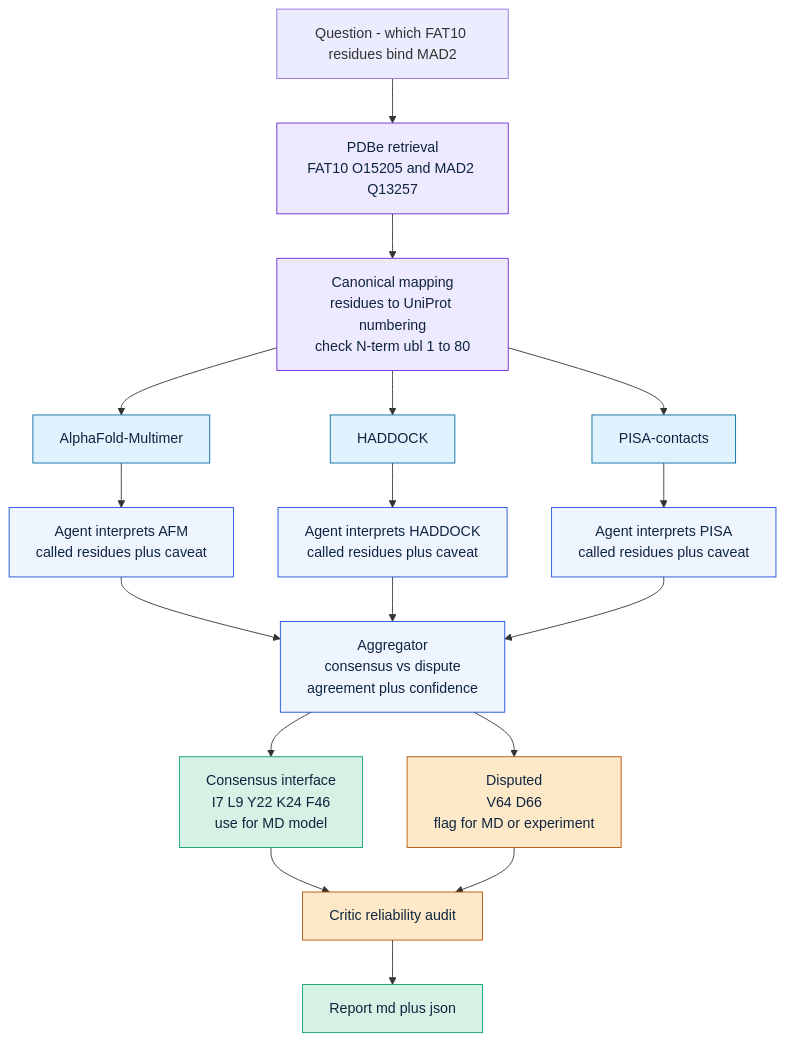
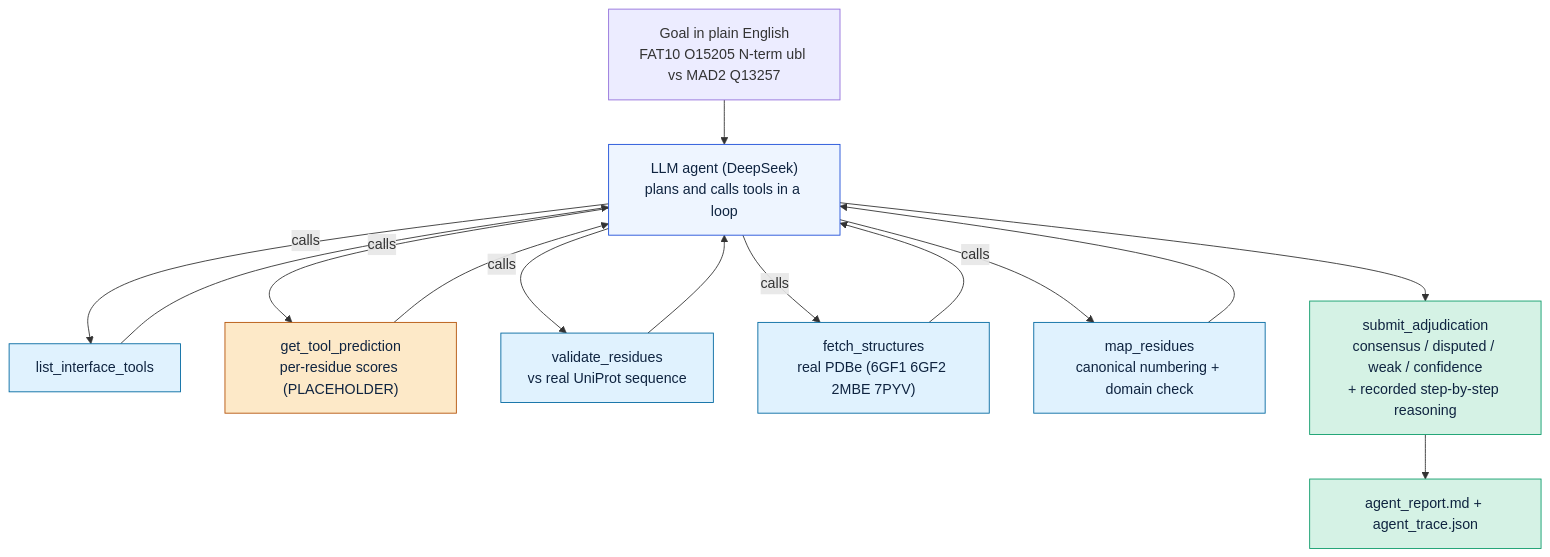
Before and after one commit to TLDDODO/sv-agent-poc: the first of 2 diagrams in FLOW.md, drawn with Mermaid. The commit also changed other lines of this file and 1 other file, not shown here.

Commit message:
Update README + FLOW to current agentic architecture, with honest real/placeholder boundary
README rewritten: agent that adjudicates interface tools (not the old EGGFR PoC
framing), with a real-vs-placeholder status table making clear the only fake
piece is the per-residue tool scores. FLOW now shows the genuine agent loop and
the weak-vs-strong audit, and flags tool scores as placeholder.

````diff
--- a/FLOW.md
+++ b/FLOW.md
@@ -7,37 +15,29 @@
 ```mermaid
 flowchart TD
-    Q["Question - which FAT10 residues bind MAD2"]
+    G["Goal in plain English<br/>FAT10 O15205 N-term ubl vs MAD2 Q13257"]
+    G --> AG["LLM agent (DeepSeek)<br/>plans and calls tools in a loop"]
 
-    Q --> PDBE["PDBe retrieval<br/>FAT10 O15205 and MAD2 Q13257"]
-    PDBE --> MAP["Canonical mapping<br/>residues to UniProt numbering<br/>check N-term ubl 1 to 80"]
+    AG -->|calls| T1["list_interface_tools"]
+    AG -->|calls| T2["get_tool_prediction<br/>per-residue scores (PLACEHOLDER)"]
+    AG -->|calls| T3["validate_residues<br/>vs real UniProt sequence"]
+    AG -->|calls| T4["fetch_structures<br/>real PDBe (6GF1 6GF2 2MBE 7PYV)"]
+    AG -->|calls| T5["map_residues<br/>canonical numbering + domain check"]
 
-    MAP --> T1["AlphaFold-Multimer"]
-    MAP --> T2["HADDOCK"]
-    MAP --> T3["PISA-contacts"]
+    T1 --> AG
+    T2 --> AG
+    T3 --> AG
+    T4 --> AG
+    T5 --> AG
 
-    T1 --> A1["Agent interprets AFM<br/>called residues plus caveat"]
-    T2 --> A2["Agent interprets HADDOCK<br/>called residues plus caveat"]
-    T3 --> A3["Agent interprets PISA<br/>called residues plus caveat"]
+    AG --> SUB["submit_adjudication<br/>consensus / disputed / weak / confidence<br/>+ recorded step-by-step reasoning"]
+    SUB --> REP["agent_report.md + agent_trace.json"]
 
-    A1 --> AGG["Aggregator<br/>consensus vs dispute<br/>agreement plus confidence"]
-    A2 --> AGG
-    A3 --> AGG
-
-    AGG --> CON["Consensus interface<br/>I7 L9 Y22 K24 F46<br/>use for MD model"]
-    AGG --> DIS["Disputed<br/>V64 D66<br/>flag for MD or experiment"]
-
-    CON --> CRIT["Critic reliability audit"]
-    DIS --> CRIT
-    CRIT --> REP["Report md plus json"]
-
-    classDef src fill:#ede9fe,stroke:#6d28d9,color:#0f2440;
+    classDef agent fill:#eef5ff,stroke:#1d4ed8,color:#0f2440;
     classDef tool fill:#e0f2fe,stroke:#0369a1,color:#0f2440;
-    classDef agent fill:#eef5ff,stroke:#1d4ed8,color:#0f2440;
+    classDef warn fill:#fde9c8,stroke:#b45309,color:#0f2440;
     classDef good fill:#d5f2e5,stroke:#0f9d6b,color:#0f2440;
-    classDef warn fill:#fde9c8,stroke:#b45309,color:#0f2440;
-    class PDBE,MAP src;
-    class T1,T2,T3 tool;
-    class A1,A2,A3,AGG agent;
-    class CON,REP good;
-    class DIS,CRIT warn;
+    class AG agent;
+    class T1,T3,T4,T5 tool;
+    class T2 warn;
+    class SUB,REP good;
 ```
````
